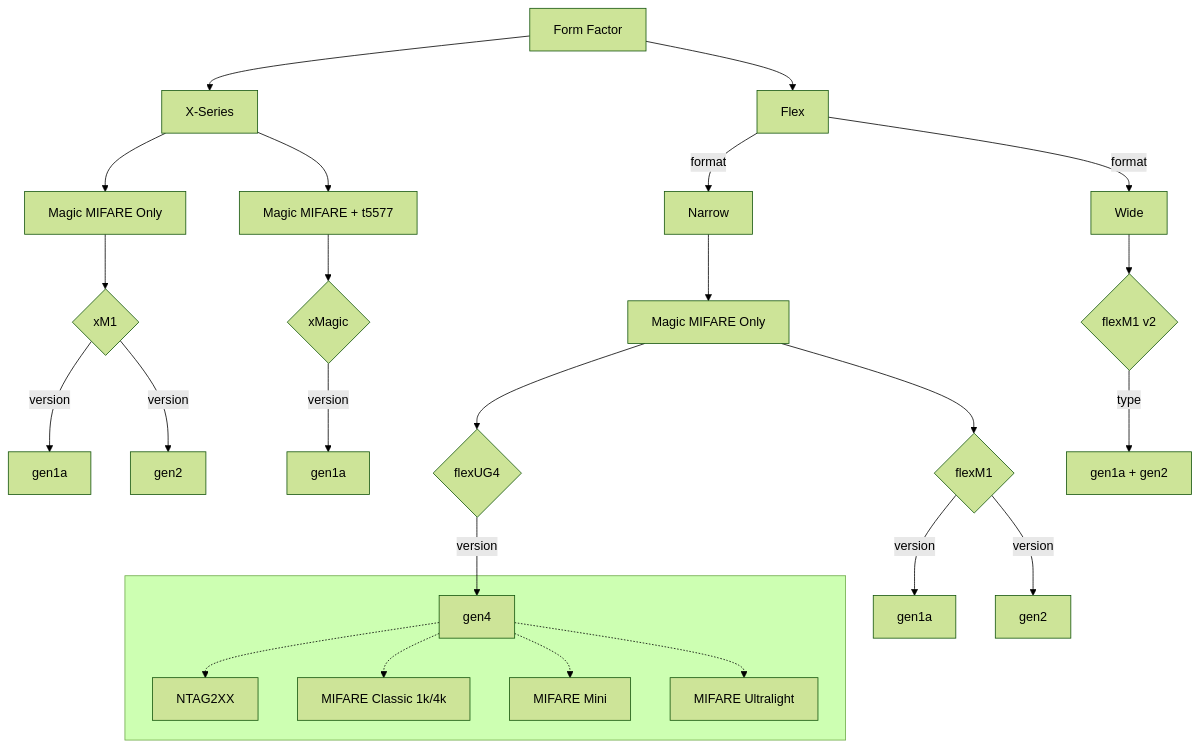
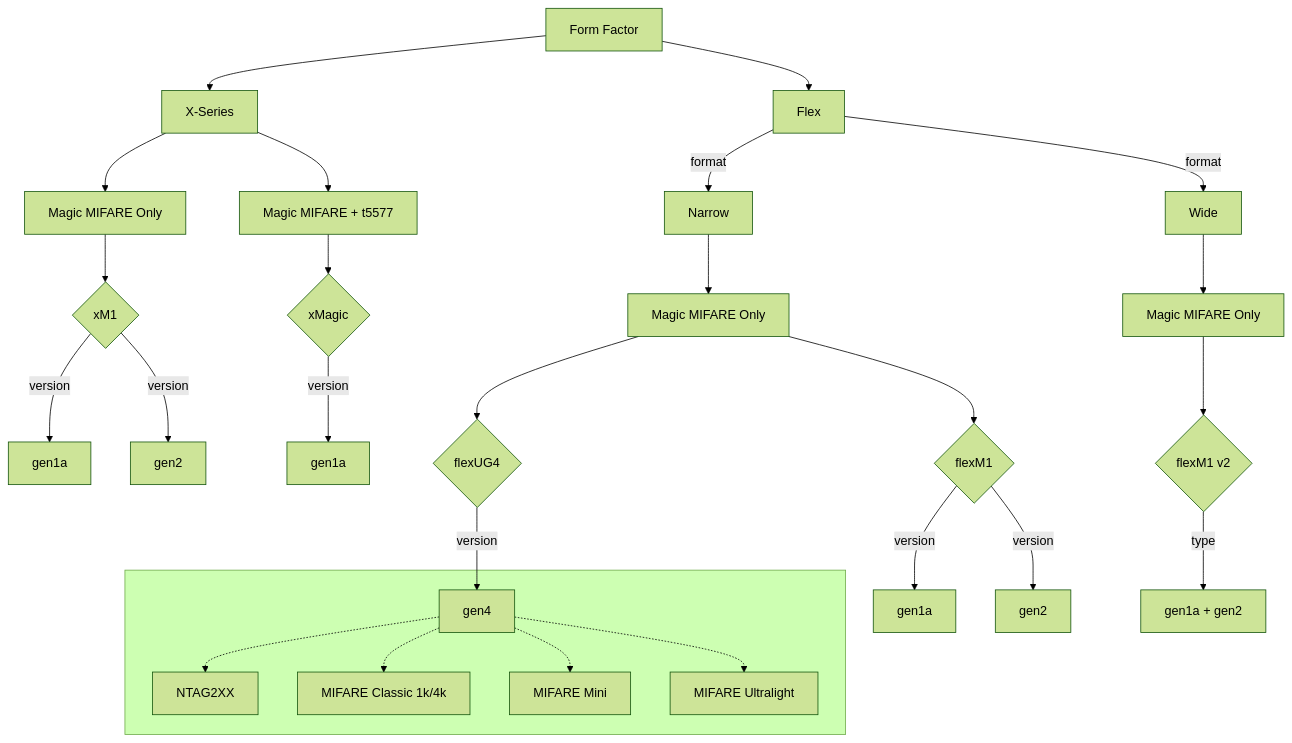
One commit to dangerous-tac0s/pm3_documentation changed the diagram in MIFARE_CLASSIC_1K_4B_OPTIONS.md. Above: the diagram before and after it, drawn with Mermaid (forest theme).

````diff
--- a/MIFARE_CLASSIC_1K_4B_OPTIONS.md
+++ b/MIFARE_CLASSIC_1K_4B_OPTIONS.md
@@ -5,28 +5,29 @@
 ```mermaid
   flowchart TD;
       A[Form Factor]--> B[X-Series] & C[Flex];
 
       B --> B1[Magic MIFARE Only] & B2[Magic MIFARE + t5577]
       B1 --> B1.1{xM1}
       click B1.1 "https://dngr.us/xm1" _self
       B1.1 -- version --> B1.1a[gen1a] & B1.1b[gen2]
       B2 --> B2.1{xMagic}
       click B2.1 "https://dngr.us/xmagic" _self
       B2.1 -- version --> B2.1a[gen1a]
 
       C -- format --> C1[Narrow] & C2[Wide]
       C1 --> C1.1[Magic MIFARE Only]
       C1.1 --> C1.1a{flexM1} & C1.1b{flexUG4}
       click C1.1a "https://dngr.us/flexM1" _self
       click C1.1b "https://dngr.us/flexug4" _self
       C1.1a -- version --> C1.1a_1[gen1a] & C1.1a_2[gen2]
       C1.1b -- version --> C1.1b_1[gen4]
-      C2 --> C2.1{flexM1 v2};
-      C2.1 -- type --> C2.1a[gen1a + gen2];
+      C2 --> C2.1[Magic MIFARE Only]
+      C2.1 --> C2.1a{flexM1 v2};
+      C2.1a -- type --> C2.1a_1[gen1a + gen2];
 
       subgraph " "
       C1.1b_1 .-> UG4a[NTAG2XX] & UG4b[MIFARE Classic 1k/4k] & UG4c[MIFARE Mini] & UG4d[MIFARE Ultralight]
       end
 
       
 ```
````
